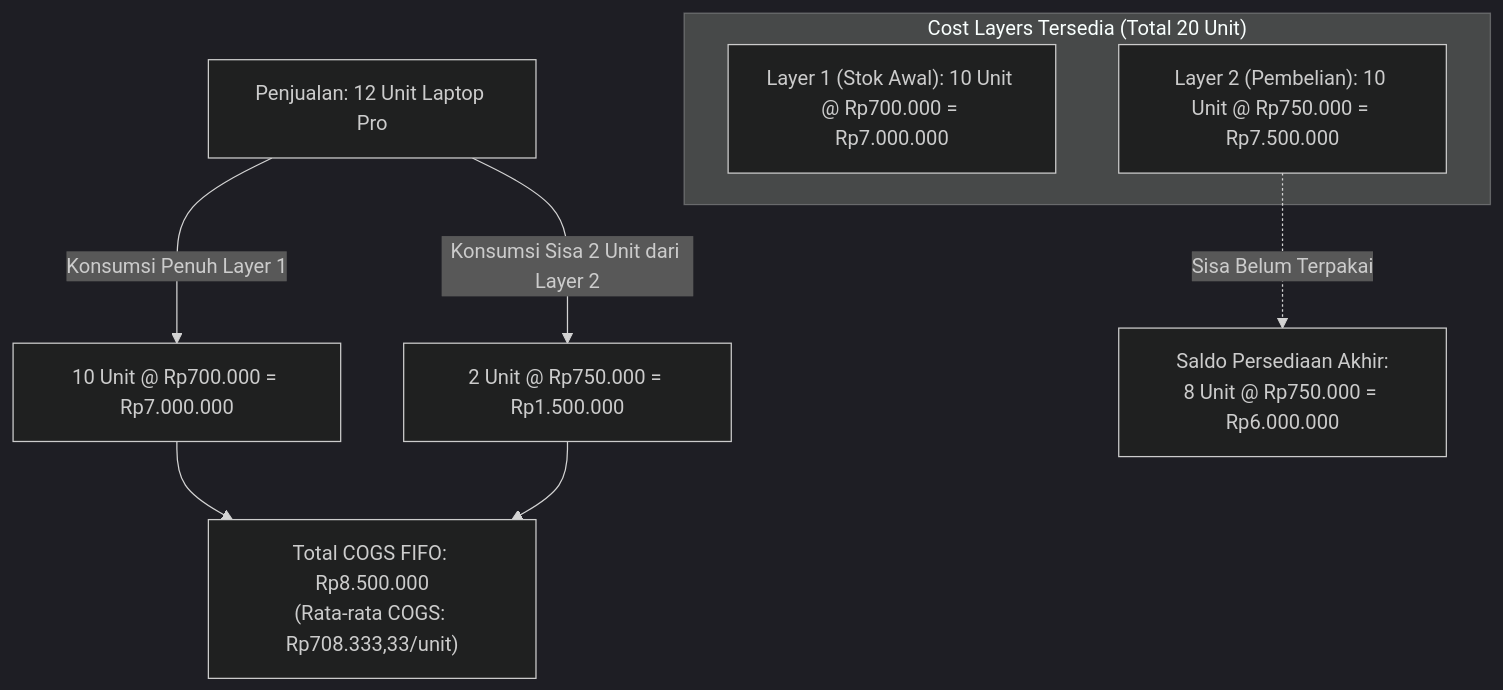
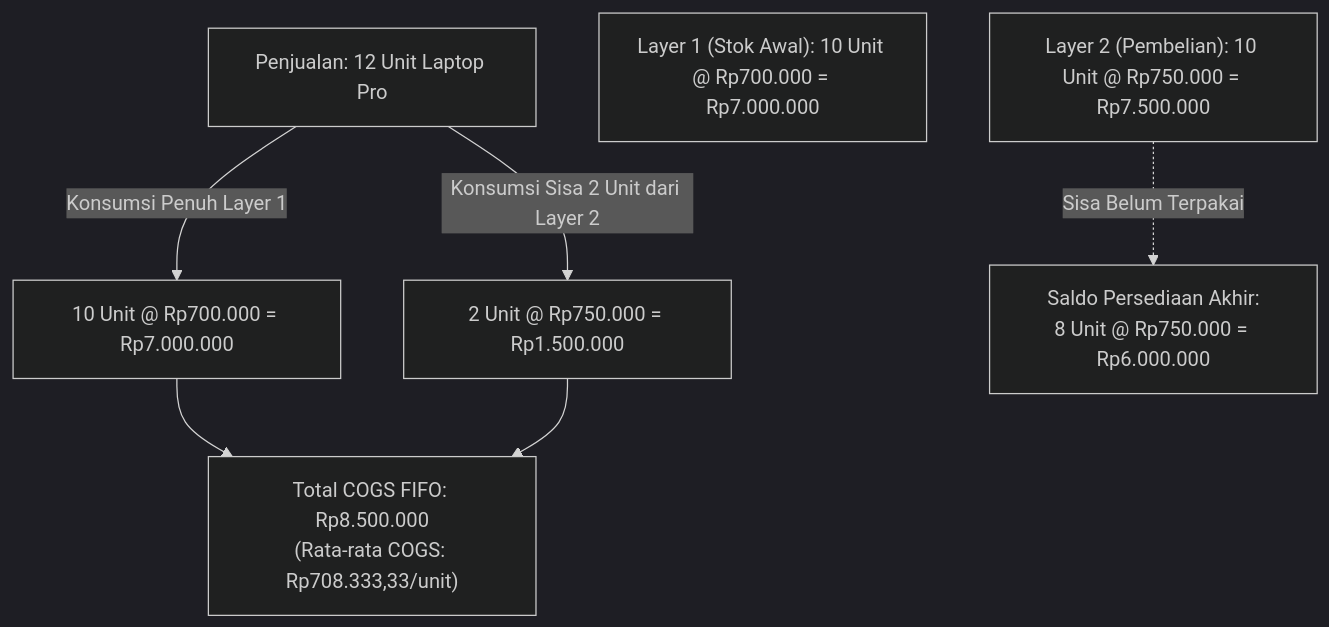
One commit to alimurrofid/erp-notes changed the second of 2 diagrams in content/05-inventory/inventory-costing.md. Above: the diagram before and after it, drawn with Mermaid (dark theme). The commit also changed 58 other files, not shown here.

Commit message:
fix(content):Mermaid Subgraph

````diff
--- a/content/05-inventory/inventory-costing.md
+++ b/content/05-inventory/inventory-costing.md
@@ -85,17 +85,15 @@
 ```mermaid
 flowchart TD
     Issue12["Penjualan: 12 Unit Laptop Pro"]
     
-    subgraph Layers["Cost Layers Tersedia (Total 20 Unit)"]
         L1["Layer 1 (Stok Awal): 10 Unit @ Rp700.000 = Rp7.000.000"]
         L2["Layer 2 (Pembelian): 10 Unit @ Rp750.000 = Rp7.500.000"]
-    end
     
     Issue12 -->|"Konsumsi Penuh Layer 1"| Cons1["10 Unit @ Rp700.000 = Rp7.000.000"]
     Issue12 -->|"Konsumsi Sisa 2 Unit dari Layer 2"| Cons2["2 Unit @ Rp750.000 = Rp1.500.000"]
     
     Cons1 --> COGS_FIFO["Total COGS FIFO: Rp8.500.000<br/>(Rata-rata COGS: Rp708.333,33/unit)"]
     Cons2 --> COGS_FIFO
     
     L2 -.->|"Sisa Belum Terpakai"| End_FIFO["Saldo Persediaan Akhir:<br/>8 Unit @ Rp750.000 = Rp6.000.000"]
 ```
````
